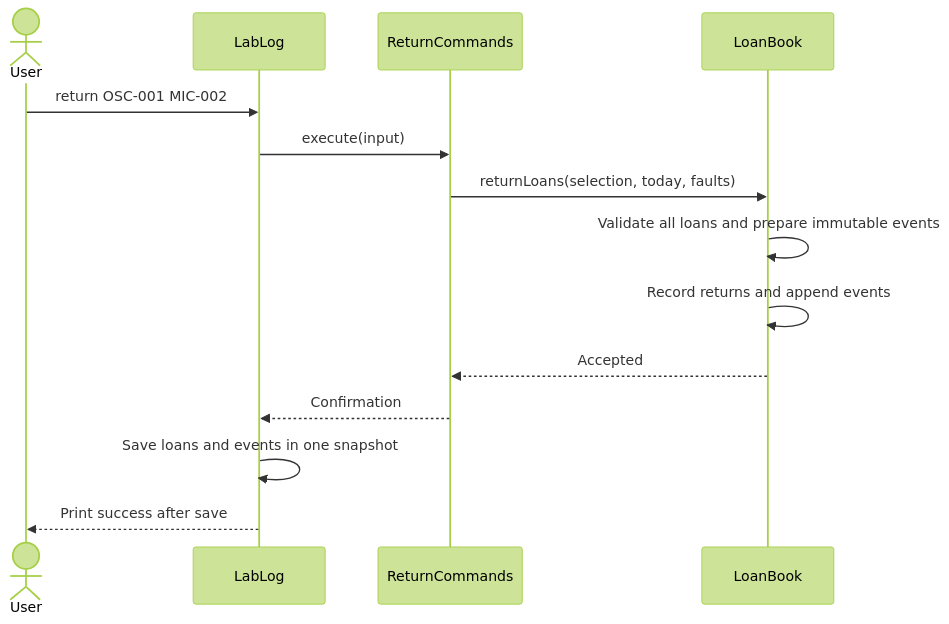
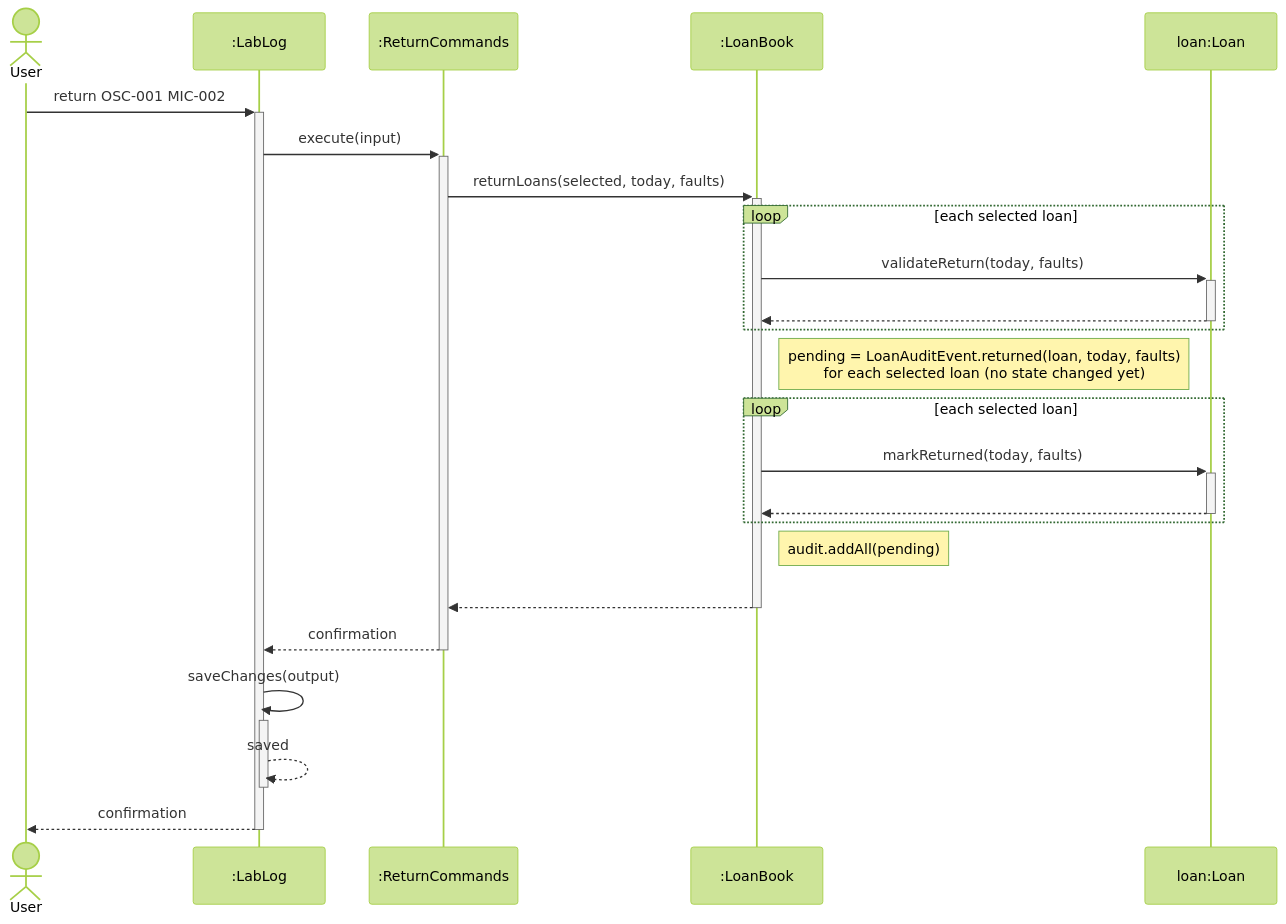
One commit to AY2627S1-CS2113-W13-3/tp changed the ninth of 12 diagrams in docs/DeveloperGuide.md. Above: the diagram before and after it, drawn with Mermaid (forest theme). The commit also changed other lines of this file and 6 other files, not shown here.

First line of the commit message:
docs: Fix UML diagrams and add DG overview

````diff
--- a/docs/DeveloperGuide.md
+++ b/docs/DeveloperGuide.md
@@ -643,16 +818,26 @@
 ```mermaid
 sequenceDiagram
     actor User
-    participant App as LabLog
-    participant Return as ReturnCommands
-    participant Book as LoanBook
-    User->>App: return OSC-001 MIC-002
-    App->>Return: execute(input)
-    Return->>Book: returnLoans(selection, today, faults)
-    Book->>Book: Validate all loans and prepare immutable events
-    Book->>Book: Record returns and append events
-    Book-->>Return: Accepted
-    Return-->>App: Confirmation
-    App->>App: Save loans and events in one snapshot
-    App-->>User: Print success after save
+    participant App as :LabLog
+    participant Return as :ReturnCommands
+    participant Book as :LoanBook
+    participant Loan as loan:Loan
+    User->>+App: return OSC-001 MIC-002
+    App->>+Return: execute(input)
+    Return->>+Book: returnLoans(selected, today, faults)
+    loop each selected loan
+        Book->>+Loan: validateReturn(today, faults)
+        Loan-->>-Book: #nbsp;
+    end
+    Note right of Book: pending = LoanAuditEvent.returned(loan, today, faults)<br/>for each selected loan (no state changed yet)
+    loop each selected loan
+        Book->>+Loan: markReturned(today, faults)
+        Loan-->>-Book: #nbsp;
+    end
+    Note right of Book: audit.addAll(pending)
+    Book-->>-Return: #nbsp;
+    Return-->>-App: confirmation
+    App->>+App: saveChanges(output)
+    App-->>-App: saved
+    App-->>-User: confirmation
 ```
````
